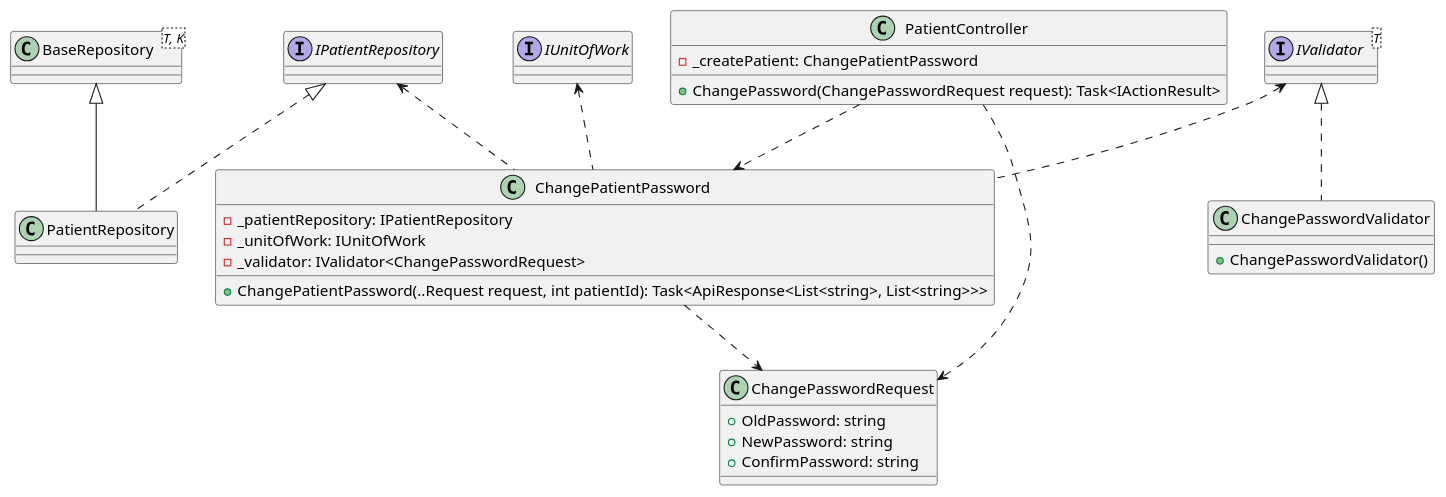
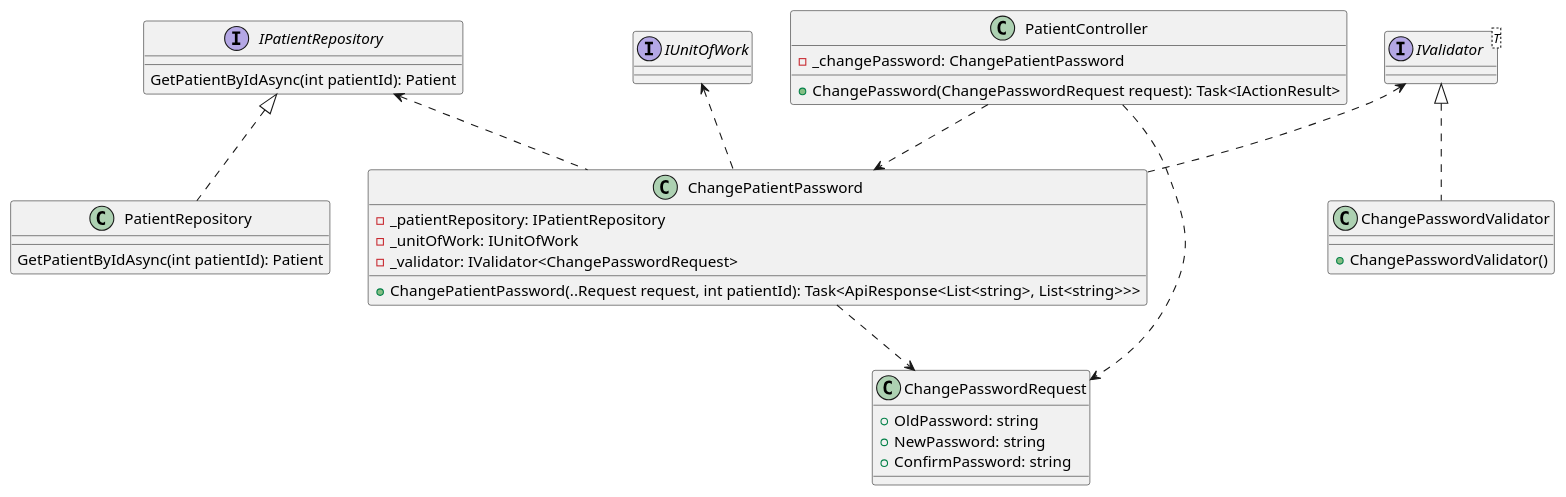
One commit to jang1902/SEP490_Sequence changed the diagram in ClassDiagram/Patient/ChangePasswordCD.puml. Above: the diagram before and after it, drawn with PlantUML. The commit also changed 8 other files, not shown here.

```diff
--- a/ClassDiagram/Patient/ChangePasswordCD.puml
+++ b/ClassDiagram/Patient/ChangePasswordCD.puml
@@ -1,44 +1,44 @@
 @startuml
-interface IPatientRepository
+interface IPatientRepository{
+GetPatientByIdAsync(int patientId): Patient
+}
 interface IUnitOfWork
 
-class BaseRepository<T, K>
-
 class PatientRepository {
+GetPatientByIdAsync(int patientId): Patient
 }
 
   class ChangePatientPassword {
     -  _patientRepository: IPatientRepository
       - _unitOfWork: IUnitOfWork
       - _validator: IValidator<ChangePasswordRequest>
   + ChangePatientPassword(..Request request, int patientId): Task<ApiResponse<List<string>, List<string>>>
   }
 
 class ChangePasswordValidator {
   + ChangePasswordValidator()
 }
 
 class PatientController {
-  - _createPatient: ChangePatientPassword
+  - _changePassword: ChangePatientPassword
   + ChangePassword(ChangePasswordRequest request): Task<IActionResult>
 }
 
 class ChangePasswordRequest {
   +  OldPassword: string
   +  NewPassword: string
   +  ConfirmPassword: string
 }
 
-BaseRepository <|-- PatientRepository
 IPatientRepository <|.. PatientRepository
 IPatientRepository <.. ChangePatientPassword
 IUnitOfWork <.. ChangePatientPassword
 
 
 ChangePatientPassword ..> ChangePasswordRequest
 PatientController ..> ChangePatientPassword
 PatientController ..> ChangePasswordRequest
 interface IValidator<T>
 IValidator <|.. ChangePasswordValidator
 IValidator <.. ChangePatientPassword
 @enduml
```
